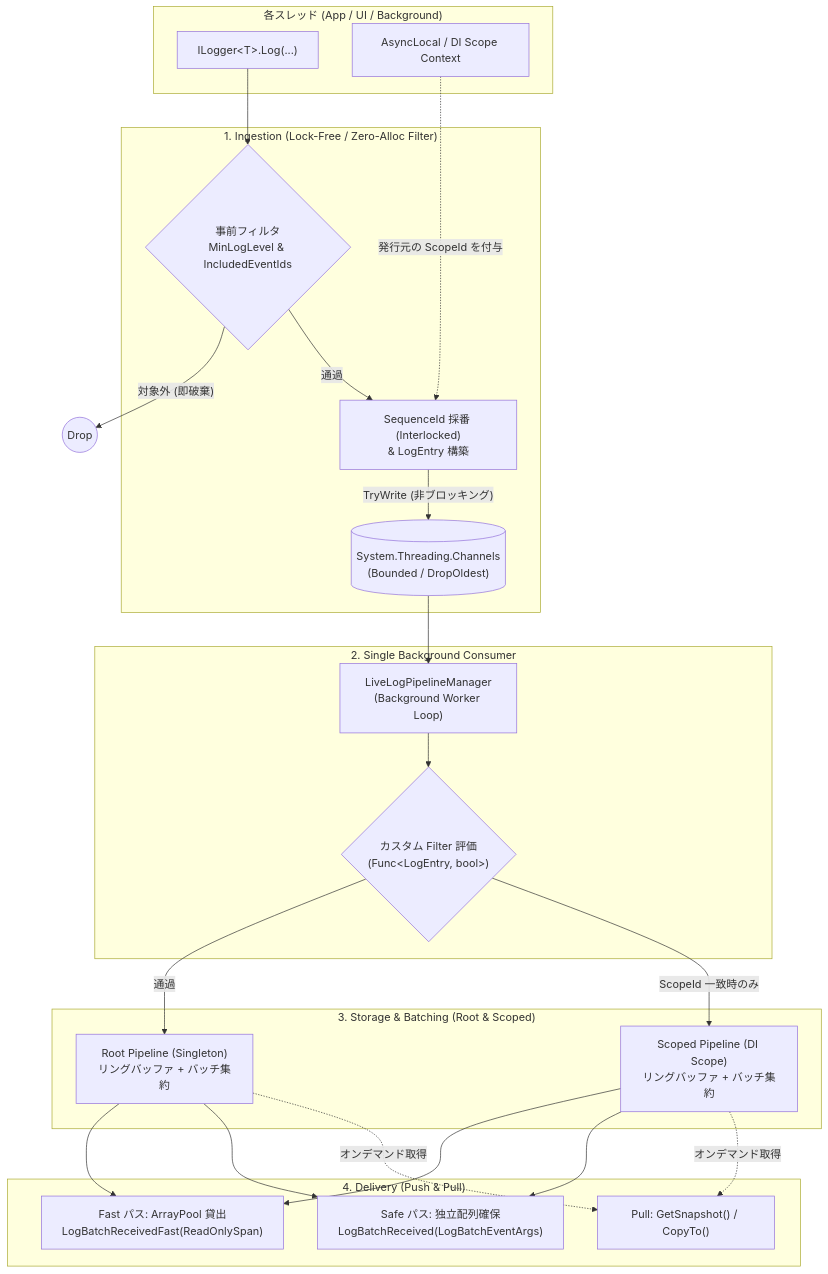
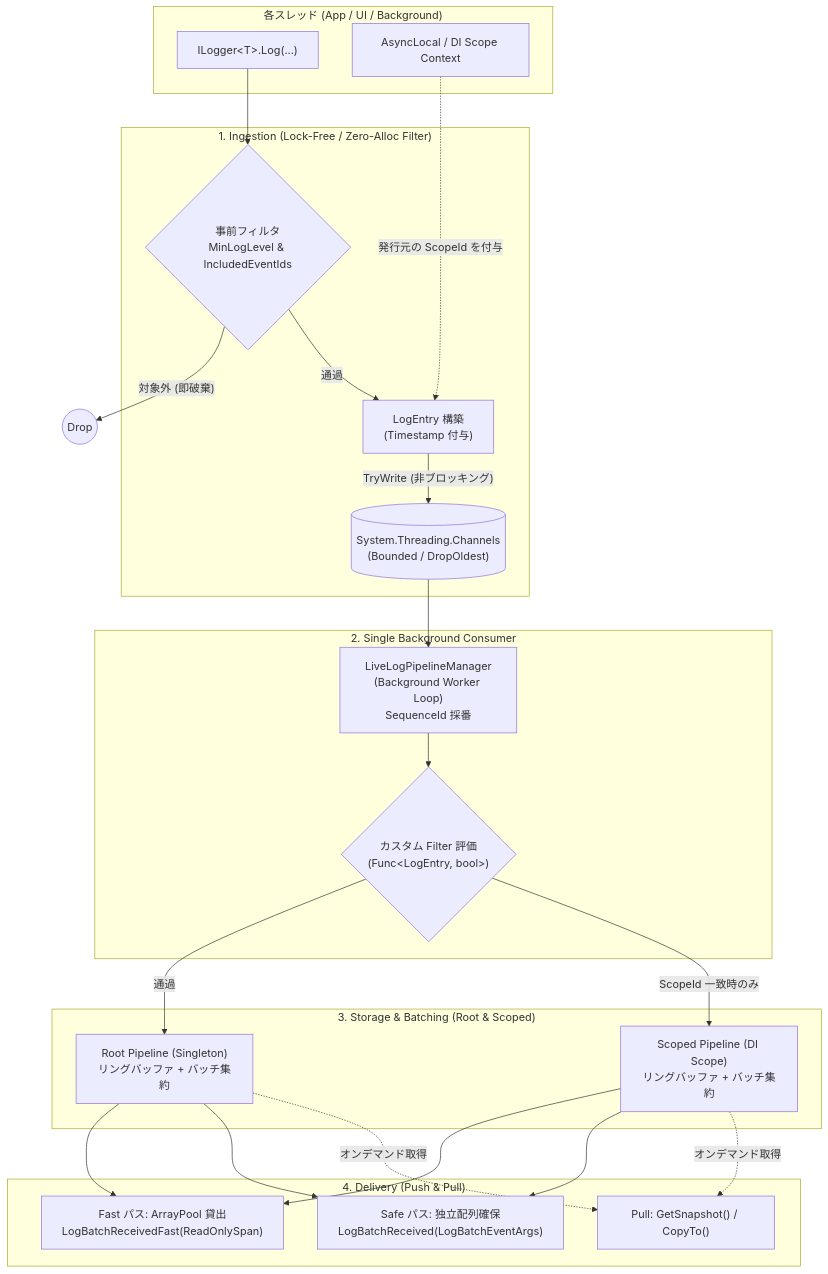
Before and after one commit to eagle628/LiveLogPipeline: the diagram in docs/DesignDoc.md, drawn with Mermaid. The commit also changed other lines of this file, not shown here.

Commit message:
Refine design document for log ingestion and delivery, clarifying lock-free writing, memory policies, and event handler contracts.

````diff
--- a/docs/DesignDoc.md
+++ b/docs/DesignDoc.md
@@ -272,44 +278,44 @@
 ```mermaid
 flowchart TD
     subgraph Producers ["各スレッド (App / UI / Background)"]
         Logger["ILogger&lt;T&gt;.Log(...)"]
         ScopeCtx["AsyncLocal / DI Scope Context"]
     end
 
     subgraph Ingestion ["1. Ingestion (Lock-Free / Zero-Alloc Filter)"]
         PreFilter{"事前フィルタ<br/>MinLogLevel &amp; IncludedEventIds"}
-        SeqGen["SequenceId 採番 (Interlocked)<br/>&amp; LogEntry 構築"]
+        SeqGen["LogEntry 構築<br/>(Timestamp 付与)"]
         Channel[("System.Threading.Channels<br/>(Bounded / DropOldest)")]
     end
 
     subgraph Consumer ["2. Single Background Consumer"]
-        Worker["LiveLogPipelineManager<br/>(Background Worker Loop)"]
+        Worker["LiveLogPipelineManager<br/>(Background Worker Loop)<br/>SequenceId 採番"]
         CustomFilter{"カスタム Filter 評価<br/>(Func&lt;LogEntry, bool&gt;)"}
     end
 
     subgraph Pipelines ["3. Storage &amp; Batching (Root &amp; Scoped)"]
         RootPipe["Root Pipeline (Singleton)<br/>リングバッファ + バッチ集約"]
         ScopedPipe["Scoped Pipeline (DI Scope)<br/>リングバッファ + バッチ集約"]
     end
 
     subgraph Delivery ["4. Delivery (Push &amp; Pull)"]
         FastPath["Fast パス: ArrayPool 貸出<br/>LogBatchReceivedFast(ReadOnlySpan)"]
         SafePath["Safe パス: 独立配列確保<br/>LogBatchReceived(LogBatchEventArgs)"]
         PullPath["Pull: GetSnapshot() / CopyTo()"]
     end
 
     Logger --> PreFilter
     PreFilter -- "対象外 (即破棄)" --> Drop((Drop))
     PreFilter -- "通過" --> SeqGen
     ScopeCtx -. "発行元の ScopeId を付与" .-> SeqGen
     SeqGen -- "TryWrite (非ブロッキング)" --> Channel
 
     Channel --> Worker
     Worker --> CustomFilter
     CustomFilter -- "通過" --> RootPipe
     CustomFilter -- "ScopeId 一致時のみ" --> ScopedPipe
 
     RootPipe & ScopedPipe --> FastPath
     RootPipe & ScopedPipe --> SafePath
     RootPipe & ScopedPipe -. "オンデマンド取得" .-> PullPath
 ```
````
